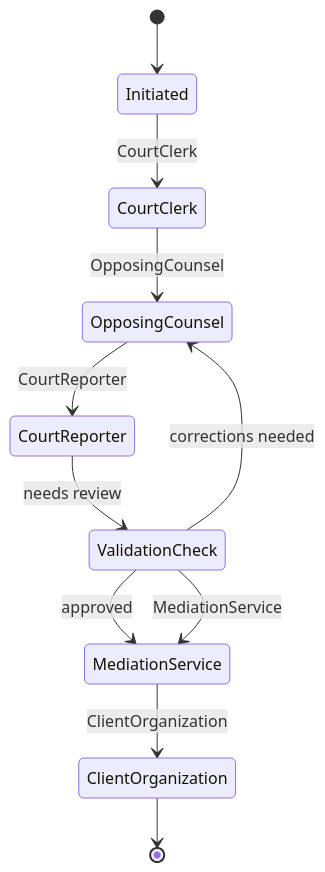
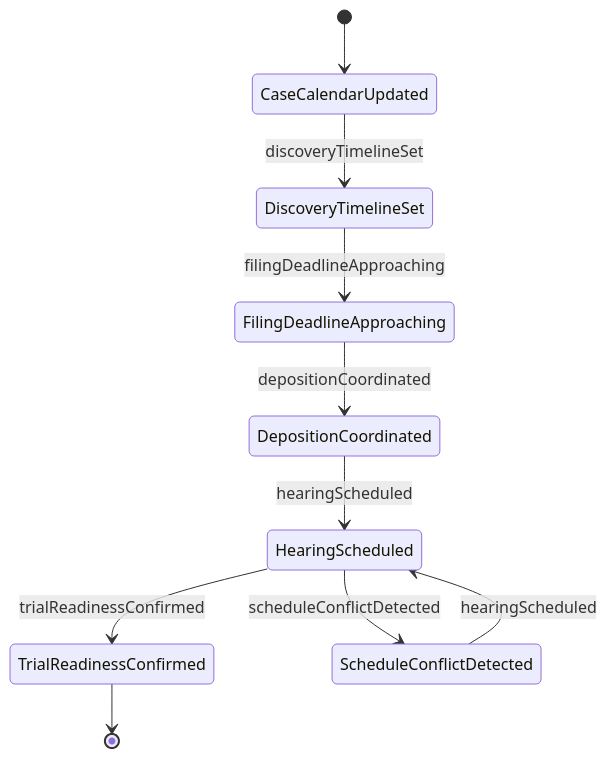
One commit to dot-org-ai/tasks.org.ai changed the second of 4 diagrams in GuidingDirectingAndMotivatingSubordinates/DirectLegalActivities/CoordinateLegalSchedulesActivities.mdx. Above: the diagram before and after it, drawn with Mermaid. The commit also changed other lines of this file and 515 other files, not shown here.

````diff
--- a/GuidingDirectingAndMotivatingSubordinates/DirectLegalActivities/CoordinateLegalSchedulesActivities.mdx
+++ b/GuidingDirectingAndMotivatingSubordinates/DirectLegalActivities/CoordinateLegalSchedulesActivities.mdx
@@ -107,13 +104,12 @@
 ```mermaid
 stateDiagram-v2
-    [*] --> Initiated
-    Initiated --> CourtClerk: CourtClerk
-    CourtClerk --> OpposingCounsel: OpposingCounsel
-    OpposingCounsel --> CourtReporter: CourtReporter
-    CourtReporter --> ValidationCheck: needs review
-    ValidationCheck --> OpposingCounsel: corrections needed
-    ValidationCheck --> MediationService: approved
-    ValidationCheck --> MediationService: MediationService
-    MediationService --> ClientOrganization: ClientOrganization
-    ClientOrganization --> [*]
+    [*] --> CaseCalendarUpdated
+    CaseCalendarUpdated --> DiscoveryTimelineSet : discoveryTimelineSet
+    DiscoveryTimelineSet --> FilingDeadlineApproaching : filingDeadlineApproaching
+    FilingDeadlineApproaching --> DepositionCoordinated : depositionCoordinated
+    DepositionCoordinated --> HearingScheduled : hearingScheduled
+    HearingScheduled --> TrialReadinessConfirmed : trialReadinessConfirmed
+    HearingScheduled --> ScheduleConflictDetected : scheduleConflictDetected
+    ScheduleConflictDetected --> HearingScheduled : hearingScheduled
+    TrialReadinessConfirmed --> [*]
 ```
````
